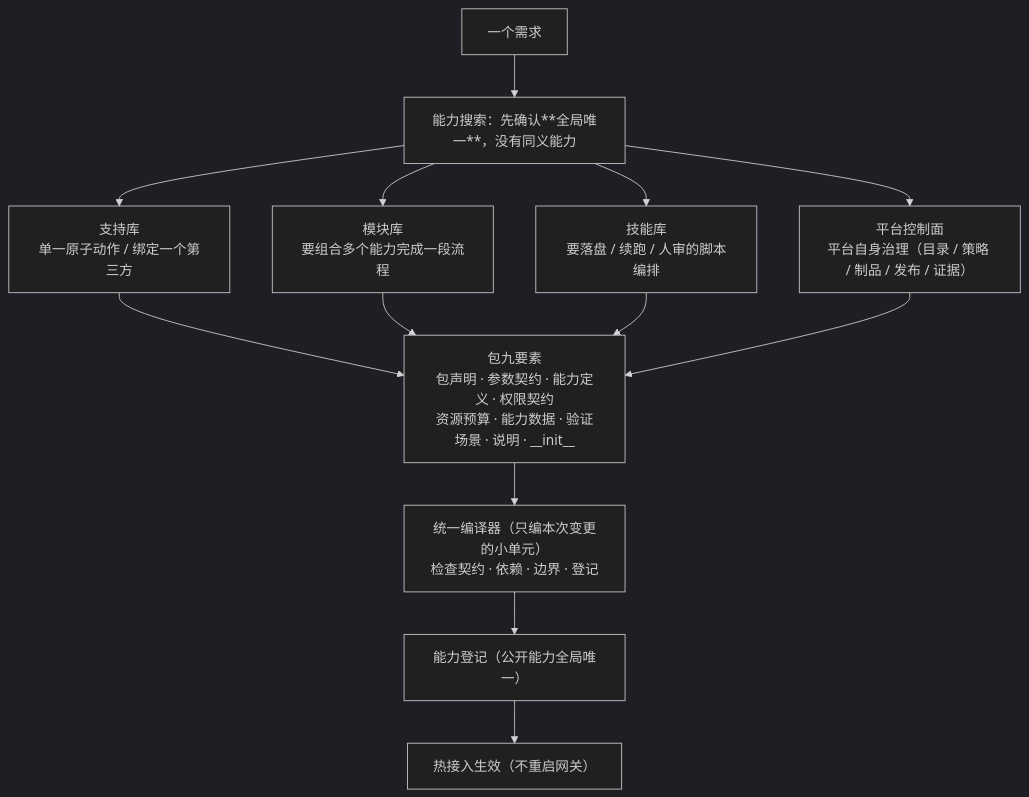
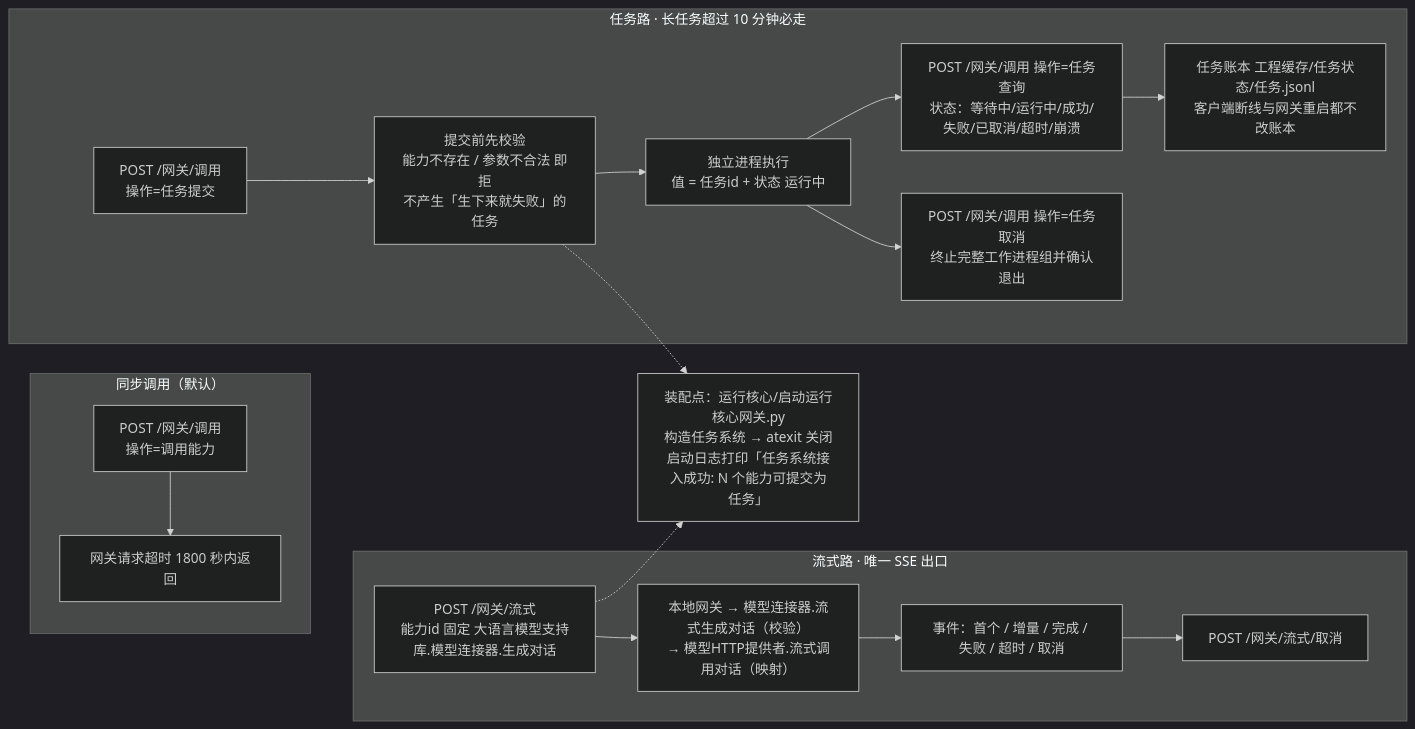
One commit to kunhua-he/system-engineering-platform changed the fourth of 5 diagrams in 开发文档/架构总览.md. Above: the diagram before and after it, drawn with Mermaid (dark theme). The commit also changed other lines of this file and 3 other files, not shown here.

````diff
--- a/开发文档/架构总览.md
+++ b/开发文档/架构总览.md
@@ -145,18 +170,34 @@
 ```mermaid
-flowchart TB
-    NEED["一个需求"]
-    Q["能力搜索：先确认**全局唯一**，没有同义能力"]
-    NEED --> Q
-    Q --> T1["支持库<br/>单一原子动作 / 绑定一个第三方"]
-    Q --> T2["模块库<br/>要组合多个能力完成一段流程"]
-    Q --> T3["技能库<br/>要落盘 / 续跑 / 人审的脚本编排"]
-    Q --> T4["平台控制面<br/>平台自身治理（目录 / 策略 / 制品 / 发布 / 证据）"]
+flowchart LR
+    subgraph 同步路["同步调用（默认）"]
+        Y1["POST /网关/调用<br/>操作=调用能力"]
+        Y2["网关请求超时 1800 秒内返回"]
+    end
 
-    T1 --> PKG["包九要素<br/>包声明 · 参数契约 · 能力定义 · 权限契约<br/>资源预算 · 能力数据 · 验证场景 · 说明 · __init__"]
-    T2 --> PKG
-    T3 --> PKG
-    T4 --> PKG
-    PKG --> COMP["统一编译器（只编本次变更的小单元）<br/>检查契约 · 依赖 · 边界 · 登记"]
-    COMP --> REG["能力登记（公开能力全局唯一）"]
-    REG --> HOT["热接入生效（不重启网关）"]
+    subgraph 任务路["任务路 · 长任务超过 10 分钟必走"]
+        W1["POST /网关/调用<br/>操作=任务提交"]
+        W2["提交前先校验<br/>能力不存在 / 参数不合法 即拒<br/>不产生「生下来就失败」的任务"]
+        W3["独立进程执行<br/>值 = 任务id + 状态 运行中"]
+        W4["POST /网关/调用 操作=任务查询<br/>状态：等待中/运行中/成功/失败/已取消/超时/崩溃"]
+        W5["POST /网关/调用 操作=任务取消<br/>终止完整工作进程组并确认退出"]
+        W6["任务账本 工程缓存/任务状态/任务.jsonl<br/>客户端断线与网关重启都不改账本"]
+    end
+
+    subgraph 流式路["流式路 · 唯一 SSE 出口"]
+        Z1["POST /网关/流式<br/>能力id 固定 大语言模型支持库.模型连接器.生成对话"]
+        Z2["本地网关 → 模型连接器.流式生成对话（校验）<br/>→ 模型HTTP提供者.流式调用对话（映射）"]
+        Z3["事件：首个 / 增量 / 完成 / 失败 / 超时 / 取消"]
+        Z4["POST /网关/流式/取消"]
+    end
+
+    Y1 --> Y2
+    W1 --> W2 --> W3 --> W4
+    W3 --> W5
+    W4 --> W6
+    Z1 --> Z2 --> Z3
+    Z3 --> Z4
+
+    N1["装配点：运行核心/启动运行核心网关.py<br/>构造任务系统 → atexit 关闭<br/>启动日志打印「任务系统接入成功: N 个能力可提交为任务」"]
+    W2 -.-> N1
+    Z1 -.-> N1
 ```
````
